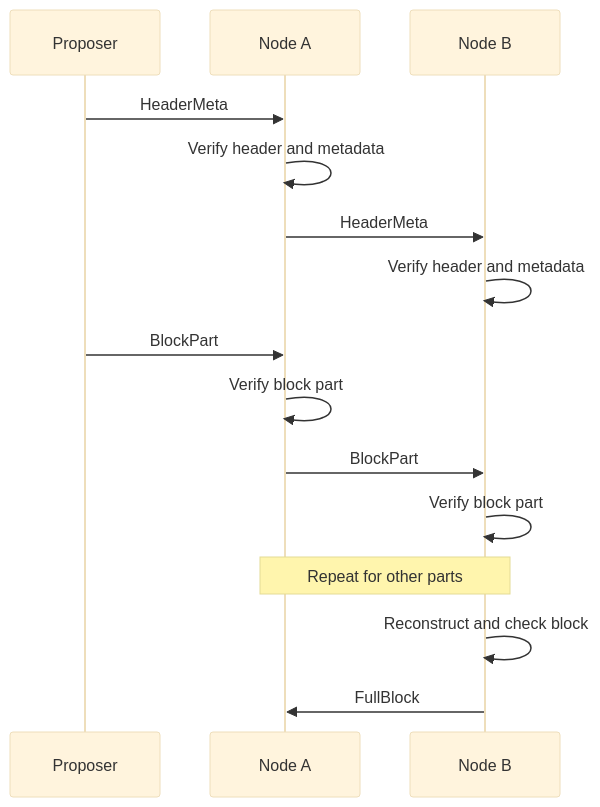
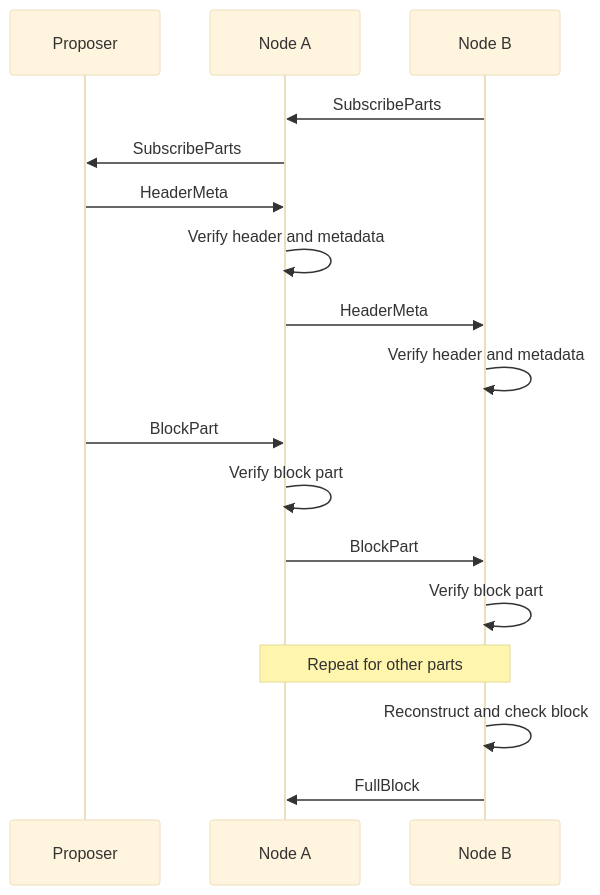
One commit to zakura-core/zakura changed the diagram in docs/design/dogwood.md. Above: the diagram before and after it, drawn with Mermaid (base theme). The commit also changed other lines of this file and 1 other file, not shown here.

````diff
--- a/docs/design/dogwood.md
+++ b/docs/design/dogwood.md
@@ -65,17 +67,19 @@
 ```mermaid
 sequenceDiagram
     participant P as Proposer
     participant A as Node A
     participant B as Node B
+    B->>A: SubscribeParts
+    A->>P: SubscribeParts
     P->>A: HeaderMeta
     A->>A: Verify header and metadata
     A->>B: HeaderMeta
     B->>B: Verify header and metadata
     P->>A: BlockPart
     A->>A: Verify block part
     A->>B: BlockPart
     B->>B: Verify block part
     Note over A,B: Repeat for other parts
     B->>B: Reconstruct and check block
     B->>A: FullBlock
 ```
````
